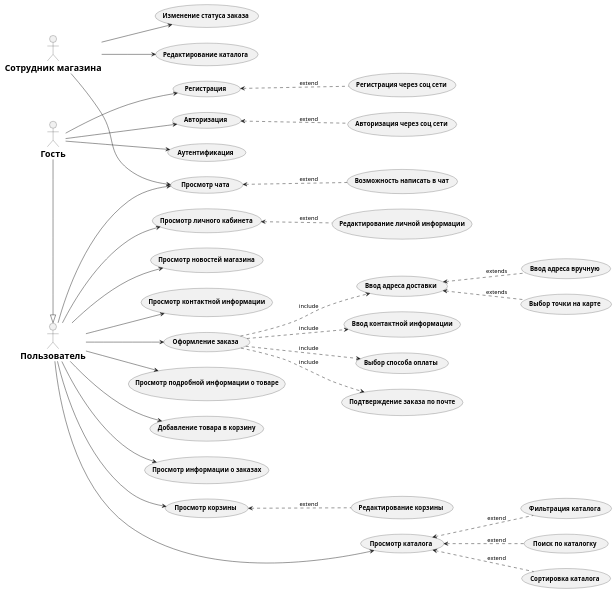
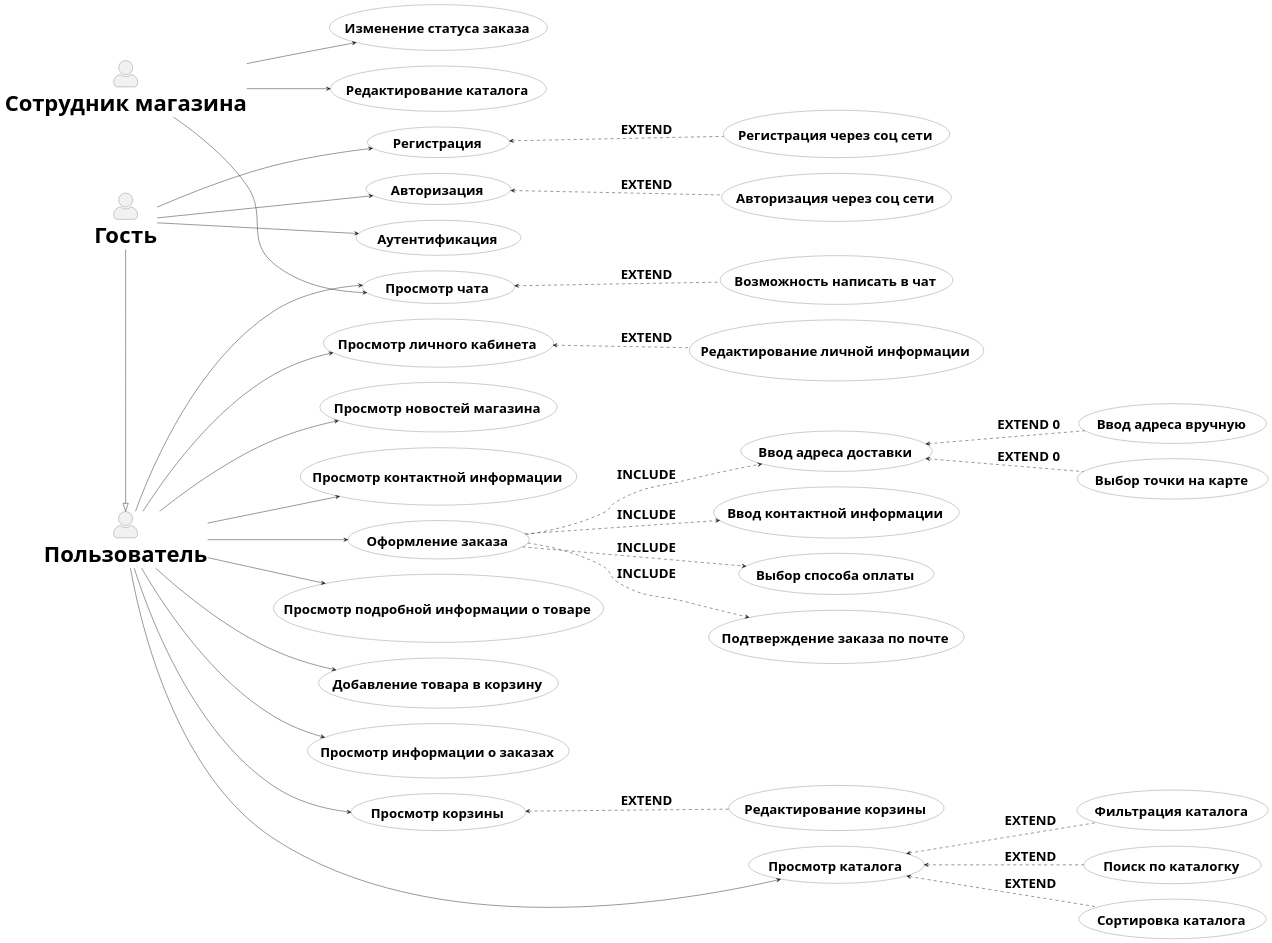
One commit to nikail23/Diplom changed the diagram in Docs/diagrams/use_case.puml. Above: the diagram before and after it, drawn with PlantUML. The commit also changed 28 other files, not shown here.

```diff
--- a/Docs/diagrams/use_case.puml
+++ b/Docs/diagrams/use_case.puml
@@ -1,93 +1,98 @@
 @startuml
 
-skinparam ActorFontSize 20
+skinparam actorStyle awesome
+skinparam ActorFontSize 50
 skinparam ActorFontStyle bold
+skinparam ActorStereotypeFontSize 10
+skinparam UsecaseFontSize 30
 skinparam UsecaseFontStyle bold
+skinparam UsecaseBackgroundColor none
+skinparam LabelFontSize 30
 
 left to right direction
 
 ' actors
 
 actor "Гость" as Guest
 actor "Пользователь" as User
 actor "Сотрудник магазина" as Worker
 
 ' use cases
 
 usecase "Регистрация" as Registration
 usecase "Редактирование каталога" as EditCatalog
 usecase "Регистрация через соц сети" as RegistrationSN
 usecase "Авторизация" as Authorisation
 usecase "Аутентификация" as Authentification
 usecase "Просмотр новостей магазина" as ViewNews
 usecase "Авторизация через соц сети" as AuthorisationSN
 usecase "Просмотр личного кабинета" as ViewAccount
 usecase "Редактирование личной информации" as ViewAccountEdit
 usecase "Просмотр каталога" as ViewCatalog
 usecase "Поиск по каталогку" as ViewCatalogSearch
 usecase "Сортировка каталога" as ViewCatalogSort
 usecase "Фильтрация каталога" as ViewCatalogFilter
 usecase "Просмотр контактной информации" as ViewContacts
 usecase "Просмотр подробной информации о товаре" as ViewFlower
 usecase "Добавление товара в корзину" as AddFlower
 usecase "Просмотр корзины" as ViewCart
 usecase "Редактирование корзины" as ViewCartEdit
 usecase "Оформление заказа" as Order
 usecase "Ввод адреса доставки" as OrderAddressInfo
 usecase "Ввод адреса вручную" as OrderAddressInfoManual
 usecase "Выбор точки на карте" as OrderAddressInfoMap
 usecase "Ввод контактной информации" as OrderContactsInfo
 usecase "Выбор способа оплаты" as OrderPayment
 usecase "Подтверждение заказа по почте" as OrderEmail
 usecase "Просмотр информации о заказах" as ViewOrders
 usecase "Изменение статуса заказа" as OrdersStatus
 usecase "Просмотр чата" as Chat
 usecase "Возможность написать в чат" as ChatMessage
 
 ' actors relations
 
-Guest -|> User
+Guest -|> User 
 
 Guest --> Registration
 Guest --> Authorisation
 Guest --> Authentification
 
 User --> ViewAccount
 User ---> ViewCatalog
 User --> ViewContacts
 User --> ViewFlower
 User --> AddFlower
 User --> ViewCart
 User --> Order
 User --> ViewOrders
 User --> Chat
 User --> ViewNews
 
 Worker --> OrdersStatus
 Worker --> Chat
 Worker --> EditCatalog
 
 ' use case relations
 
-ViewAccountEdit .up.> ViewAccount : extend
+ViewAccountEdit .up.> ViewAccount : "<font size=30><b>EXTEND"
 
-ViewCatalogSearch .up.> ViewCatalog : extend
-ViewCatalogSort .up.> ViewCatalog : extend
-ViewCatalogFilter .up.> ViewCatalog : extend
+ViewCatalogSearch .up.> ViewCatalog : "<font size=30><b>EXTEND"
+ViewCatalogSort .up.> ViewCatalog : "<font size=30><b>EXTEND"
+ViewCatalogFilter .up.> ViewCatalog : "<font size=30><b>EXTEND"
 
-AuthorisationSN .up.> Authorisation : extend
-RegistrationSN .up.> Registration : extend
+AuthorisationSN .up.> Authorisation : "<font size=30><b>EXTEND"
+RegistrationSN .up.> Registration : "<font size=30><b>EXTEND"
 
-ViewCartEdit .up.> ViewCart : extend
+ViewCartEdit .up.> ViewCart : "<font size=30><b>EXTEND"
 
-ChatMessage .up.> Chat : extend
+ChatMessage .up.> Chat : "<font size=30><b>EXTEND"
 
-Order .down.> OrderAddressInfo  : include
-OrderAddressInfoMap .up.> OrderAddressInfo : extends
-OrderAddressInfoManual .up.> OrderAddressInfo : extends
+Order .down.> OrderAddressInfo  : "<font size=30><b>INCLUDE"
+OrderAddressInfoMap .up.> OrderAddressInfo : "<font size=30><b>EXTEND 0 "
+OrderAddressInfoManual .up.> OrderAddressInfo : "<font size=30><b>EXTEND 0 "
 
-Order .down.> OrderContactsInfo : include
-Order .down.> OrderPayment : include
-Order .down.> OrderEmail : include
+Order .down.> OrderContactsInfo : "<font size=30><b>INCLUDE"
+Order .down.> OrderPayment : "<font size=30><b>INCLUDE"
+Order .down.> OrderEmail : "<font size=30><b>INCLUDE"
 
 @enduml
```
